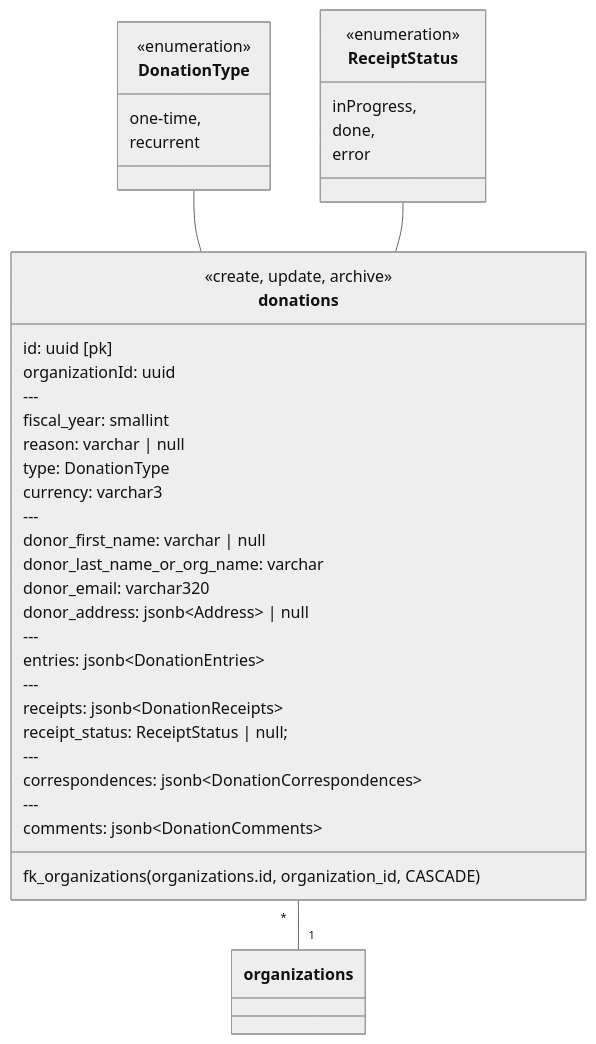
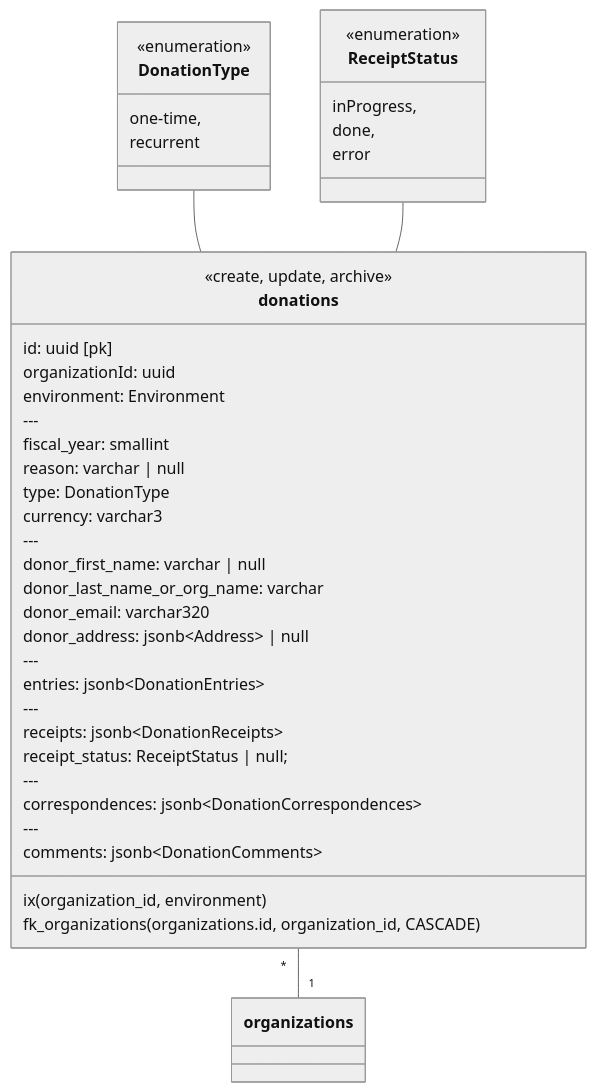
Before and after one commit to mtl-benevolent/donation-management: the fourth of 4 diagrams in docs/db-diagram.md, drawn with Mermaid (neutral theme). The commit also changed other lines of this file, not shown here.

````diff
--- a/docs/db-diagram.md
+++ b/docs/db-diagram.md
@@ -122,49 +134,51 @@
 ```mermaid
   classDiagram
 
   class donations {
     <<create, update, archive>>
     id: uuid [pk]
     organizationId: uuid
+    environment: Environment
     ---
     fiscal_year: smallint
     reason: varchar | null
     type: DonationType
     currency: varchar3
     ---
     donor_first_name: varchar | null
     donor_last_name_or_org_name: varchar
     donor_email: varchar320
     donor_address: jsonb~Address~ | null
     ---
     entries: jsonb~DonationEntries~
     ---
     receipts: jsonb~DonationReceipts~
     receipt_status: ReceiptStatus | null;
     ---
     correspondences: jsonb~DonationCorrespondences~
     ---
     comments: jsonb~DonationComments~
 
+    ix(organization_id, environment)
     fk_organizations(organizations.id, organization_id, CASCADE)
   }
 
   donations "*" -- "1" organizations
 
   class DonationType {
     <<enumeration>>
     one-time,
     recurrent
   }
 
   DonationType -- donations
 
   class ReceiptStatus {
     <<enumeration>>
     inProgress,
     done,
     error
   }
 
   ReceiptStatus -- donations
 ```
````
